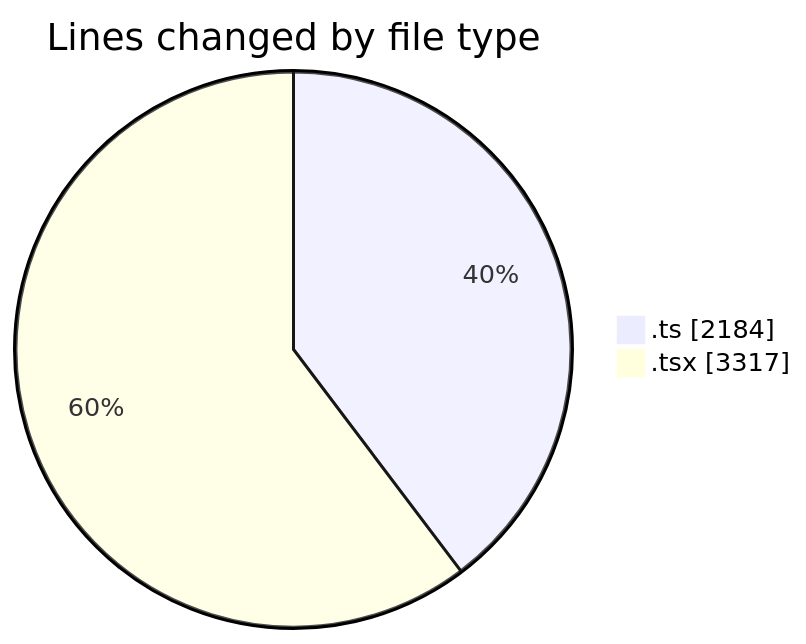
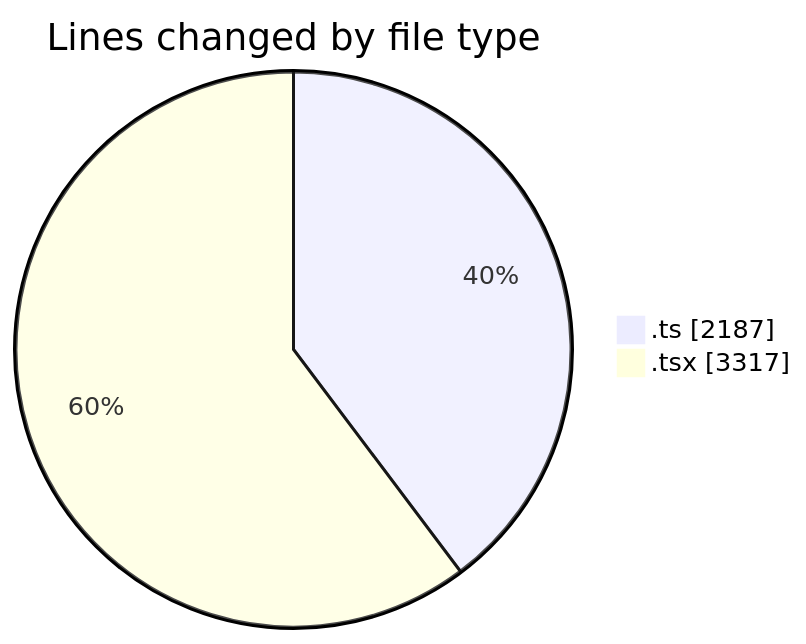
The first of 2 diagrams in 2026-03-12/nxtqube_webapp/README.md (nxtqubesakshisongat/code-tracking), drawn with Mermaid before and after one commit. The commit also changed other lines of this file and 1 other file, not shown here.

````diff
--- a/2026-03-12/nxtqube_webapp/README.md
+++ b/2026-03-12/nxtqube_webapp/README.md
@@ -32,6 +32,6 @@
 ```mermaid
 pie showData
 title Lines changed by file type
-".ts" : 2184
+".ts" : 2187
 ".tsx" : 3317
 ```
````
